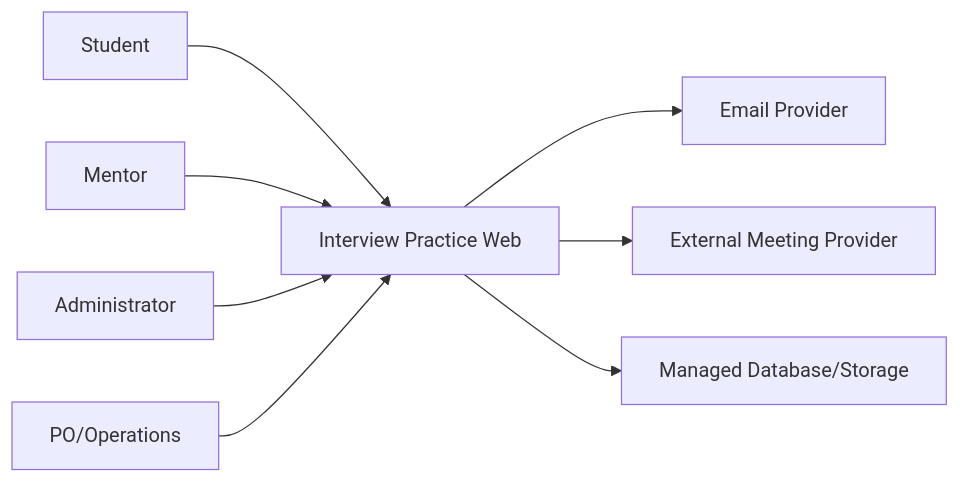
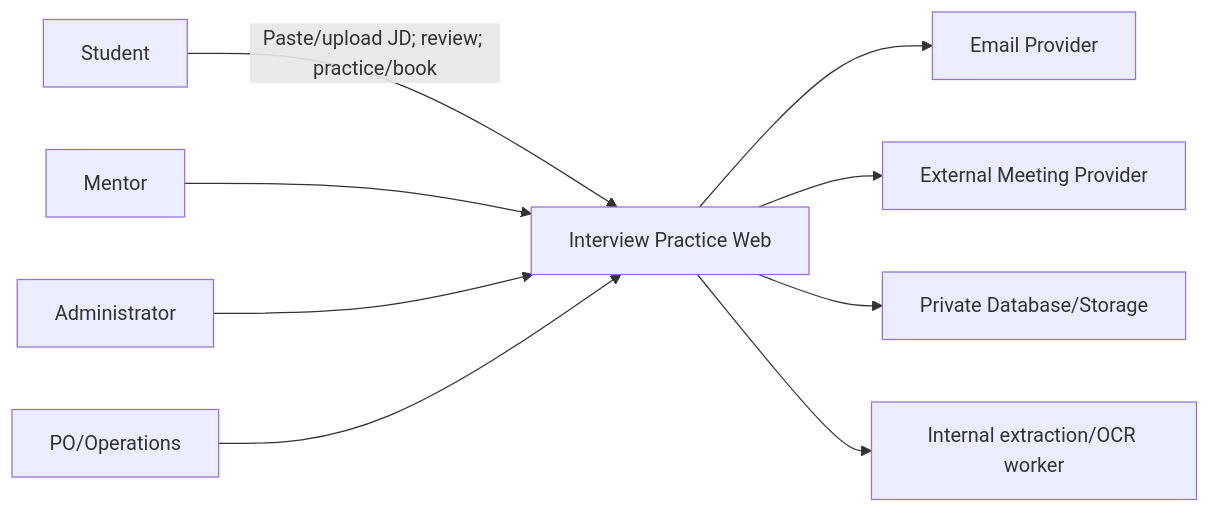
The first of 5 diagrams in docs/Project_Architecture/software_architecture.md (tnnhuaa/InterviewQuestionBank), drawn with Mermaid before and after one commit. The commit also changed other lines of this file and 8 other files, not shown here.

````diff
--- a/docs/Project_Architecture/software_architecture.md
+++ b/docs/Project_Architecture/software_architecture.md
@@ -69,10 +75,11 @@
 ```mermaid
 flowchart LR
-    Student["Student"] --> Web["Interview Practice Web"]
+    Student["Student"] -->|"Paste/upload JD; review; practice/book"| Web["Interview Practice Web"]
     Mentor["Mentor"] --> Web
     Admin["Administrator"] --> Web
     Web --> Email["Email Provider"]
     Web --> Meet["External Meeting Provider"]
-    Web --> Store["Managed Database/Storage"]
+    Web --> Store["Private Database/Storage"]
+    Web --> Worker["Internal extraction/OCR worker"]
     Sponsor["PO/Operations"] --> Web
 ```
````
